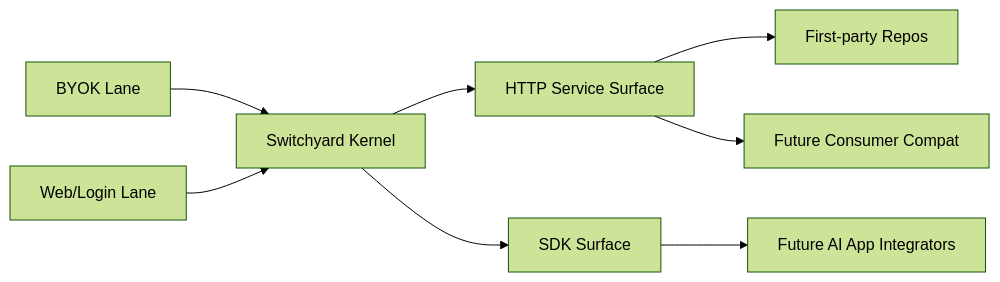
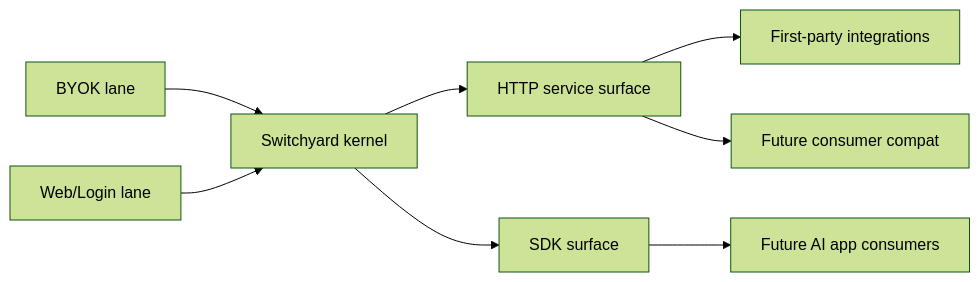
One commit to xiaojiou176-open/Switchyard changed the diagram in README.md. Above: the diagram before and after it, drawn with Mermaid (forest theme). The commit also changed other lines of this file and 15 other files, not shown here.

````diff
--- a/README.md
+++ b/README.md
@@ -311,10 +189,10 @@
 ```mermaid
 flowchart LR
-    A["BYOK Lane"] --> K["Switchyard Kernel"]
-    B["Web/Login Lane"] --> K["Switchyard Kernel"]
-    K --> H["HTTP Service Surface"]
-    K --> S["SDK Surface"]
-    H --> F["First-party Repos"]
-    S --> D["Future AI App Integrators"]
-    H --> C["Future Consumer Compat"]
+    A["BYOK lane"] --> K["Switchyard kernel"]
+    B["Web/Login lane"] --> K["Switchyard kernel"]
+    K --> H["HTTP service surface"]
+    K --> S["SDK surface"]
+    H --> F["First-party integrations"]
+    S --> D["Future AI app consumers"]
+    H --> C["Future consumer compat"]
 ```
````
